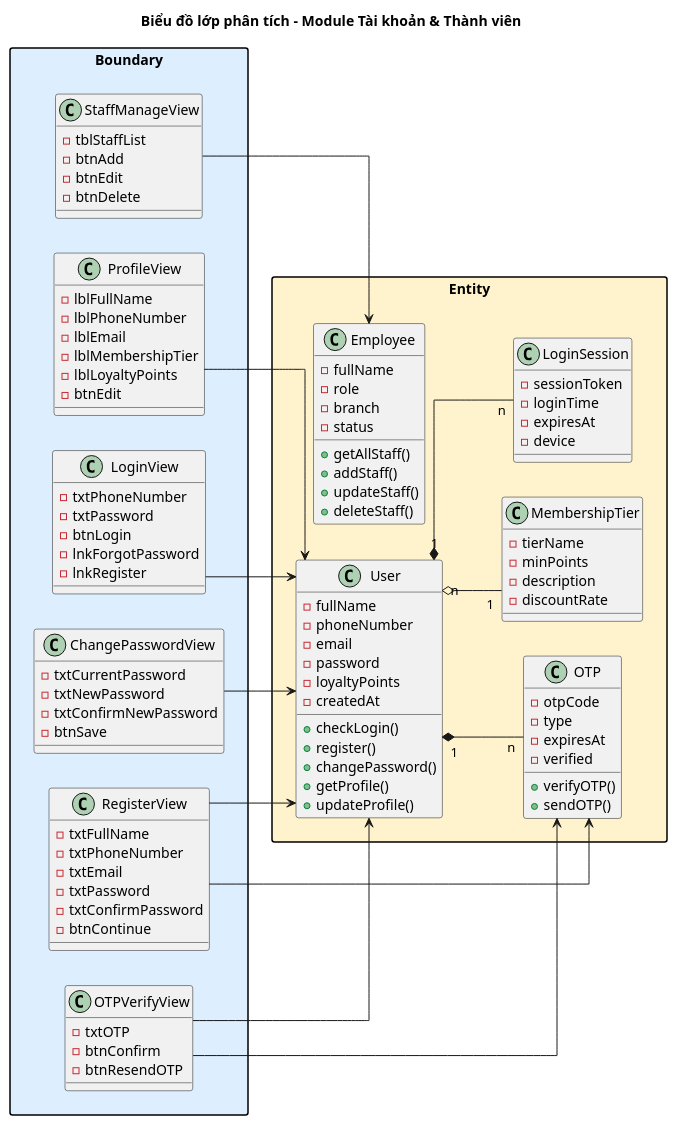
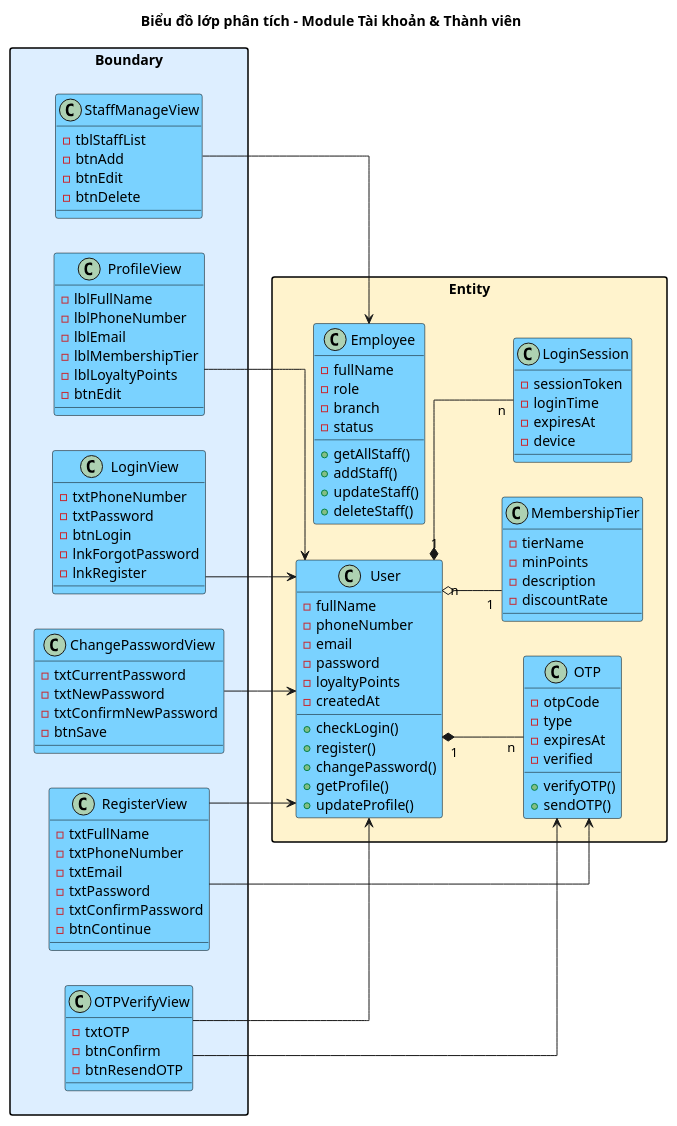
The second of 7 diagrams in docs/tabs/section-account-ii.md (thanhtrnnn/cnpm), drawn with PlantUML before and after one commit. The commit also changed other lines of this file and 16 other files, not shown here.

First line of the commit message:
feat: strict step alignment + blue diagrams + native bullets

```diff
--- a/docs/tabs/section-account-ii.md
+++ b/docs/tabs/section-account-ii.md
@@ -233,6 +239,12 @@
 skinparam packageStyle rectangle
 skinparam packageMaxWidth 800
 title Biểu đồ lớp phân tích – Module Tài khoản & Thành viên
+
+skinparam classBackgroundColor #7AD2FF
+skinparam classBorderColor #000000
+skinparam classFontColor #000000
+skinparam packageBackgroundColor #DDEEFF
+skinparam packageBorderColor #000000
 
 package "Boundary" #DDEEFF {
   together {
```
